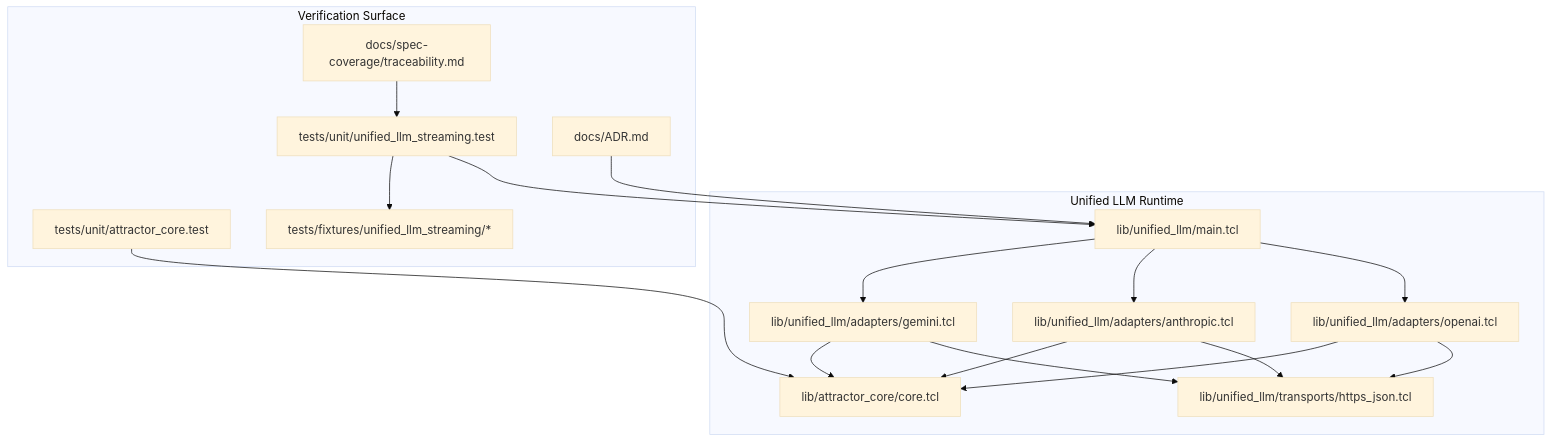
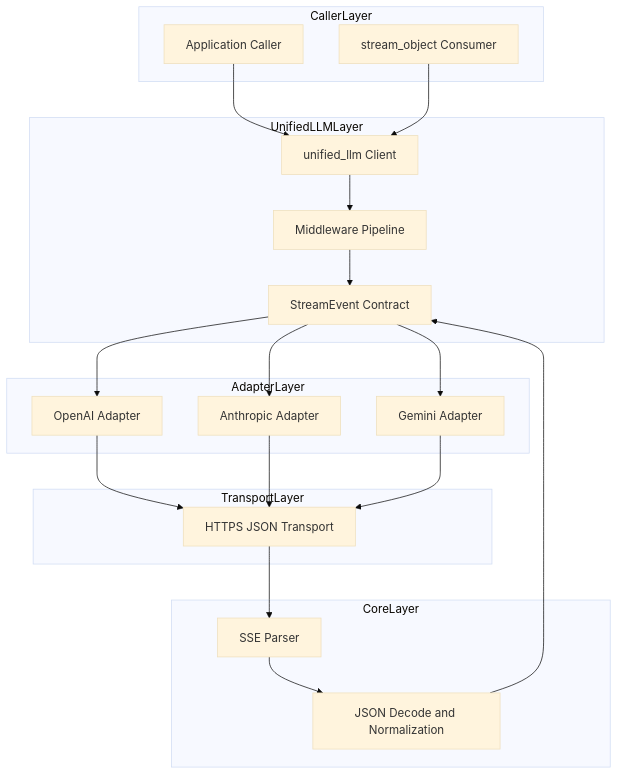
Before and after one commit to jaytaylor/attractor-tcl: the fifth of 5 diagrams in docs/sprints/SPRINT-005-comprehensive-implementation-plan.md, drawn with Mermaid (base theme). The commit also changed other lines of this file, not shown here.

````diff
--- a/docs/sprints/SPRINT-005-comprehensive-implementation-plan.md
+++ b/docs/sprints/SPRINT-005-comprehensive-implementation-plan.md
@@ -1353,34 +942,42 @@
 ```mermaid
 flowchart TB
-  subgraph Runtime[Unified LLM Runtime]
-    MAIN[lib/unified_llm/main.tcl]
-    OA[lib/unified_llm/adapters/openai.tcl]
-    AN[lib/unified_llm/adapters/anthropic.tcl]
-    GE[lib/unified_llm/adapters/gemini.tcl]
-    TR[lib/unified_llm/transports/https_json.tcl]
-    CORE[lib/attractor_core/core.tcl]
+  subgraph CallerLayer
+    CALLER[Application Caller]
+    STREAMOBJ[stream_object Consumer]
   end
 
-  subgraph Verification[Verification Surface]
-    UTEST[tests/unit/unified_llm_streaming.test]
-    CTEST[tests/unit/attractor_core.test]
-    FIX[tests/fixtures/unified_llm_streaming/*]
-    TRACE[docs/spec-coverage/traceability.md]
-    ADR[docs/ADR.md]
+  subgraph UnifiedLLMLayer
+    CLIENT[unified_llm Client]
+    MW[Middleware Pipeline]
+    EVENTMODEL[StreamEvent Contract]
   end
 
-  MAIN --> OA
-  MAIN --> AN
-  MAIN --> GE
-  OA --> TR
-  AN --> TR
-  GE --> TR
-  OA --> CORE
-  AN --> CORE
-  GE --> CORE
-  UTEST --> MAIN
-  CTEST --> CORE
-  UTEST --> FIX
-  TRACE --> UTEST
-  ADR --> MAIN
+  subgraph AdapterLayer
+    OA[OpenAI Adapter]
+    AN[Anthropic Adapter]
+    GE[Gemini Adapter]
+  end
+
+  subgraph CoreLayer
+    SSE[SSE Parser]
+    JSON[JSON Decode and Normalization]
+  end
+
+  subgraph TransportLayer
+    HTTP[HTTPS JSON Transport]
+  end
+
+  CALLER --> CLIENT
+  STREAMOBJ --> CLIENT
+  CLIENT --> MW
+  MW --> EVENTMODEL
+  EVENTMODEL --> OA
+  EVENTMODEL --> AN
+  EVENTMODEL --> GE
+  OA --> HTTP
+  AN --> HTTP
+  GE --> HTTP
+  HTTP --> SSE
+  SSE --> JSON
+  JSON --> EVENTMODEL
 ```
````
